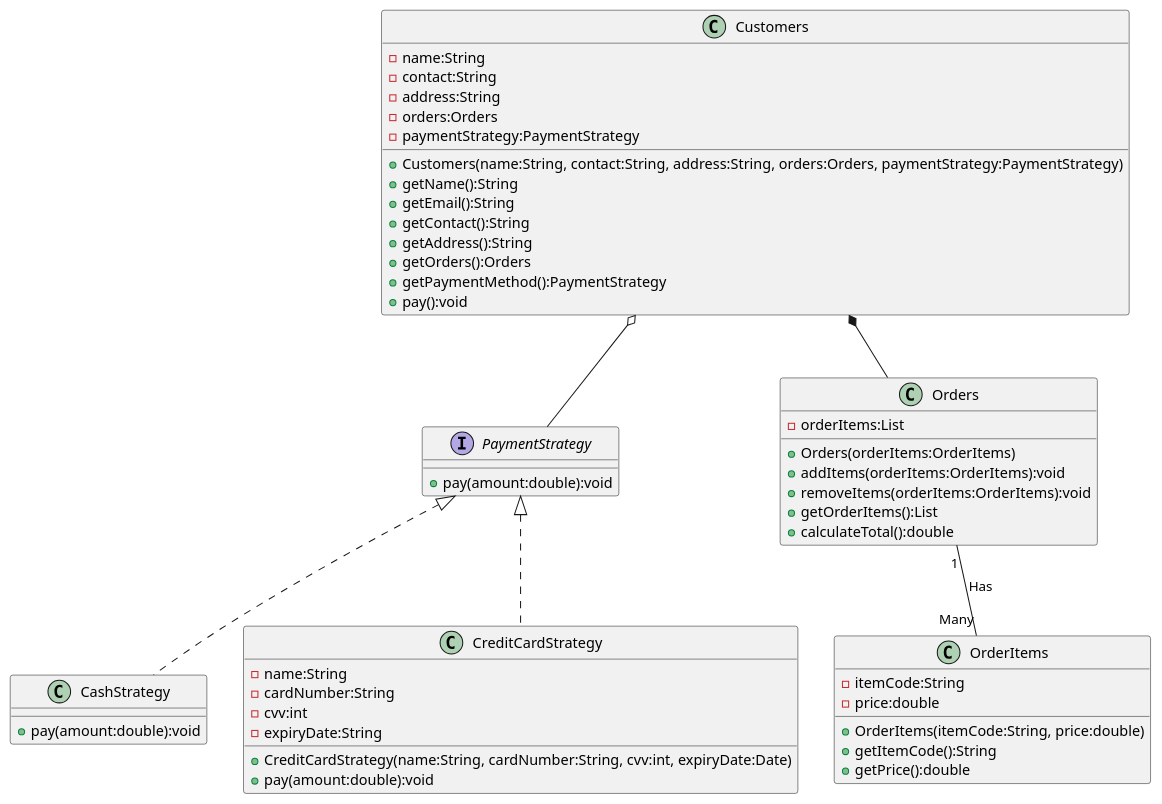
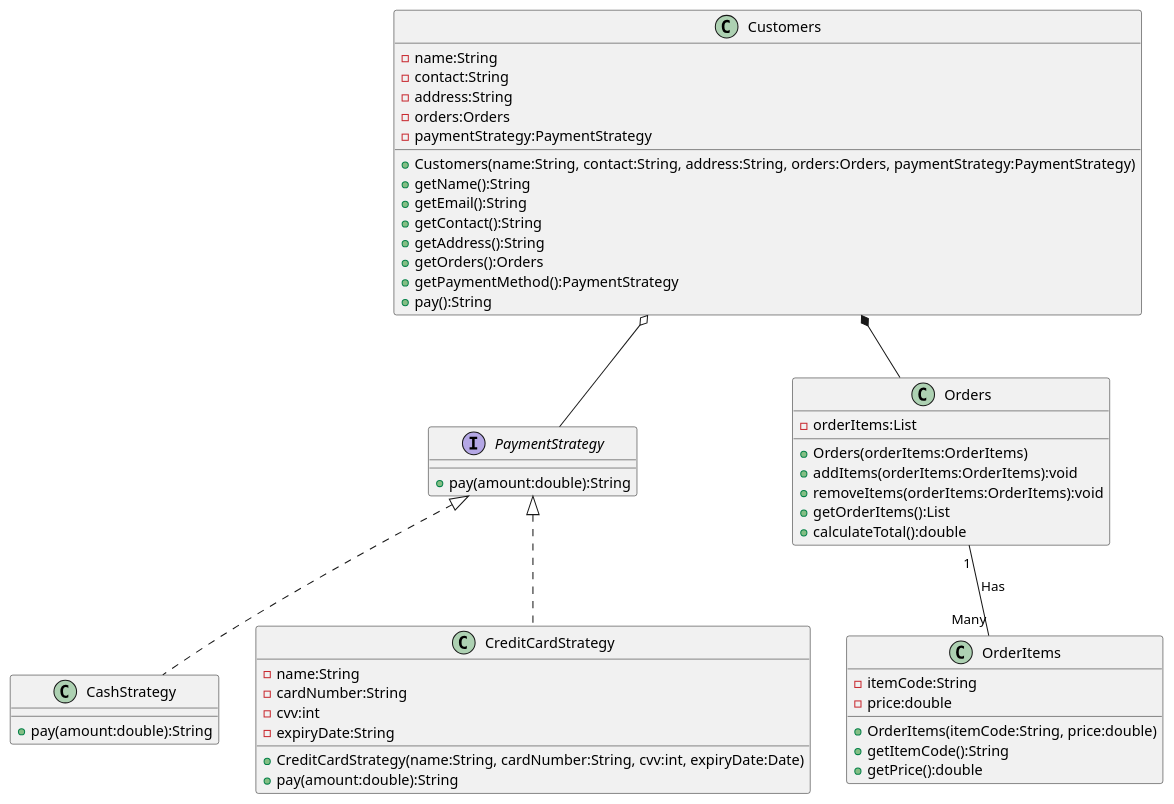
The diagram in restaurant-management-system.puml (dejongyeong/design-patterns), drawn with PlantUML before and after one commit. The commit also changed 4 other files, not shown here.

```diff
--- a/restaurant-management-system.puml
+++ b/restaurant-management-system.puml
@@ -1,60 +1,60 @@
 @startuml
 
 interface PaymentStrategy {
-    +pay(amount:double):void
+    +pay(amount:double):String
 }
 
 class CashStrategy {
-    +pay(amount:double):void
+    +pay(amount:double):String
 }
 
 class CreditCardStrategy {
     -name:String
     -cardNumber:String
     -cvv:int
     -expiryDate:String
     +CreditCardStrategy(name:String, cardNumber:String, cvv:int, expiryDate:Date)
-    +pay(amount:double):void
+    +pay(amount:double):String
 }
 
 class Orders {
     -orderItems:List
     +Orders(orderItems:OrderItems)
     +addItems(orderItems:OrderItems):void
     +removeItems(orderItems:OrderItems):void
     +getOrderItems():List
     +calculateTotal():double
 }
 
 class OrderItems {
     -itemCode:String
     -price:double
     +OrderItems(itemCode:String, price:double)
     +getItemCode():String
     +getPrice():double
 }
 
 class Customers {
     -name:String
     -contact:String
     -address:String
     -orders:Orders
     -paymentStrategy:PaymentStrategy
     +Customers(name:String, contact:String, address:String, orders:Orders, paymentStrategy:PaymentStrategy)
     +getName():String
     +getEmail():String
     +getContact():String
     +getAddress():String
     +getOrders():Orders
     +getPaymentMethod():PaymentStrategy
-    +pay():void
+    +pay():String
 }
 
 PaymentStrategy <|.. CashStrategy
 PaymentStrategy <|.. CreditCardStrategy
 Customers o-- PaymentStrategy
 Orders "1" -- "Many" OrderItems : Has
 Customers *-- Orders
 
 
 @enduml
```
